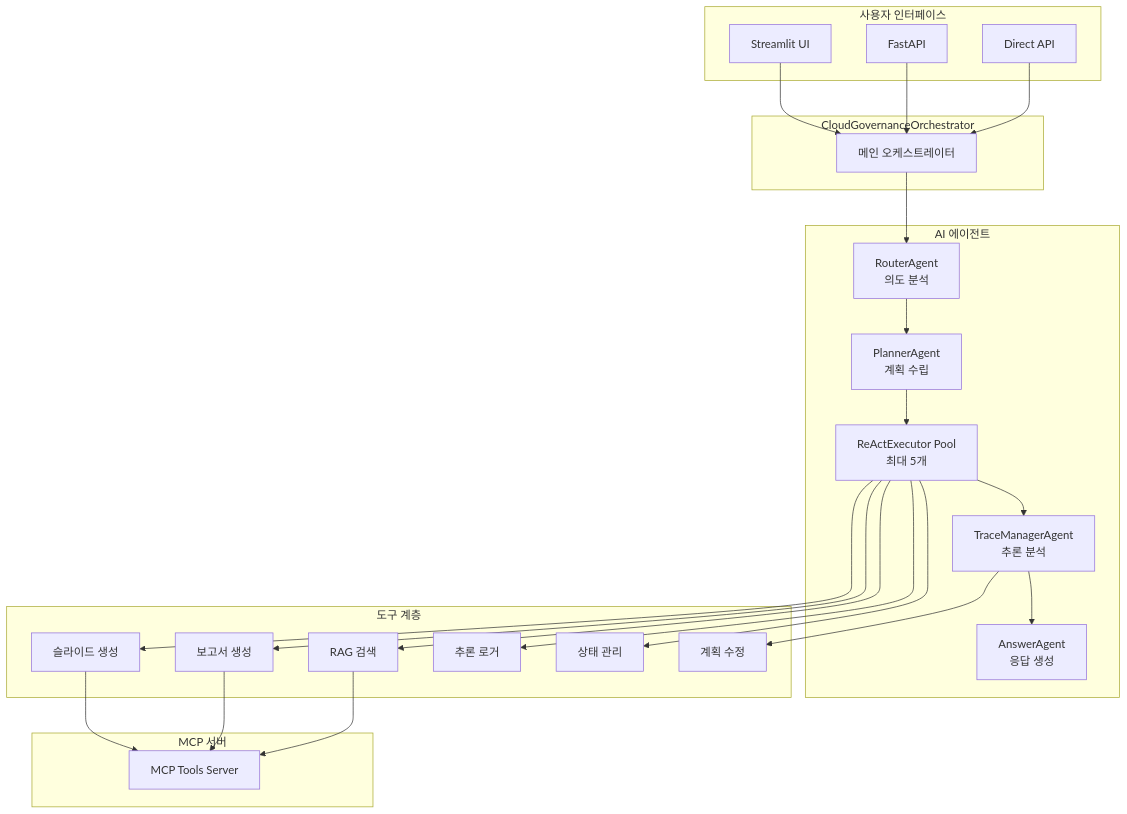
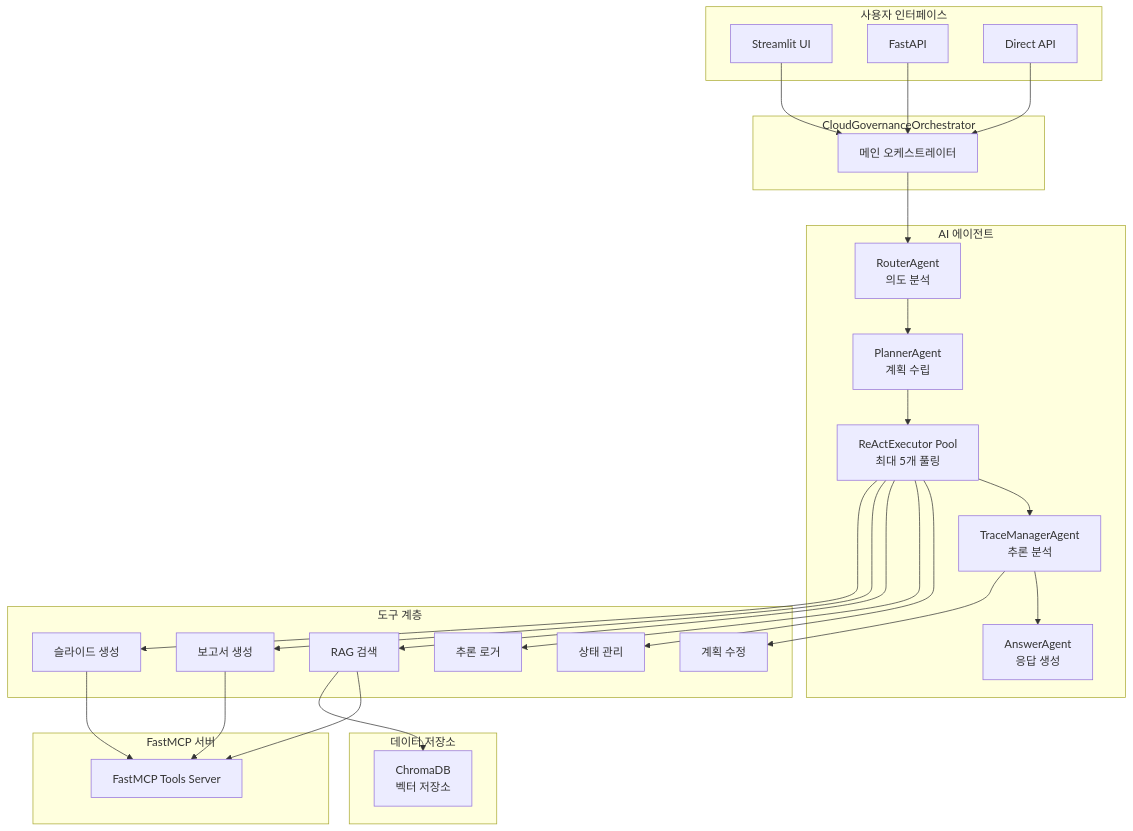
Before and after one commit to Qulip/CloudRegiX: the first of 3 diagrams in README.md, drawn with Mermaid. The commit also changed other lines of this file, not shown here.

````diff
--- a/README.md
+++ b/README.md
@@ -85,55 +98,60 @@
 ```mermaid
 graph TB
     subgraph "사용자 인터페이스"
         UI[Streamlit UI]
         API[FastAPI]
         Direct[Direct API]
     end
 
     subgraph "CloudGovernanceOrchestrator"
         Orchestrator[메인 오케스트레이터]
     end
 
     subgraph "AI 에이전트"
         Router[RouterAgent<br/>의도 분석]
         Planner[PlannerAgent<br/>계획 수립]
-        ExecutorPool[ReActExecutor Pool<br/>최대 5개]
+        ExecutorPool[ReActExecutor Pool<br/>최대 5개 풀링]
         TraceManager[TraceManagerAgent<br/>추론 분석]
         Answer[AnswerAgent<br/>응답 생성]
     end
 
     subgraph "도구 계층"
         StateManager[상태 관리]
         Logger[추론 로거]
         Revision[계획 수정]
         RAG[RAG 검색]
         Report[보고서 생성]
         Slide[슬라이드 생성]
     end
 
-    subgraph "MCP 서버"
-        MCP[MCP Tools Server]
+    subgraph "FastMCP 서버"
+        MCP[FastMCP Tools Server]
+    end
+
+    subgraph "데이터 저장소"
+        ChromaDB[ChromaDB<br/>벡터 저장소]
     end
 
     UI --> Orchestrator
     API --> Orchestrator
     Direct --> Orchestrator
 
     Orchestrator --> Router
     Router --> Planner
     Planner --> ExecutorPool
     ExecutorPool --> TraceManager
     TraceManager --> Answer
 
     ExecutorPool --> StateManager
     ExecutorPool --> Logger
     ExecutorPool --> RAG
     ExecutorPool --> Report
     ExecutorPool --> Slide
 
     TraceManager --> Revision
 
     RAG --> MCP
     Report --> MCP
     Slide --> MCP
+    RAG --> ChromaDB
 ```
````
